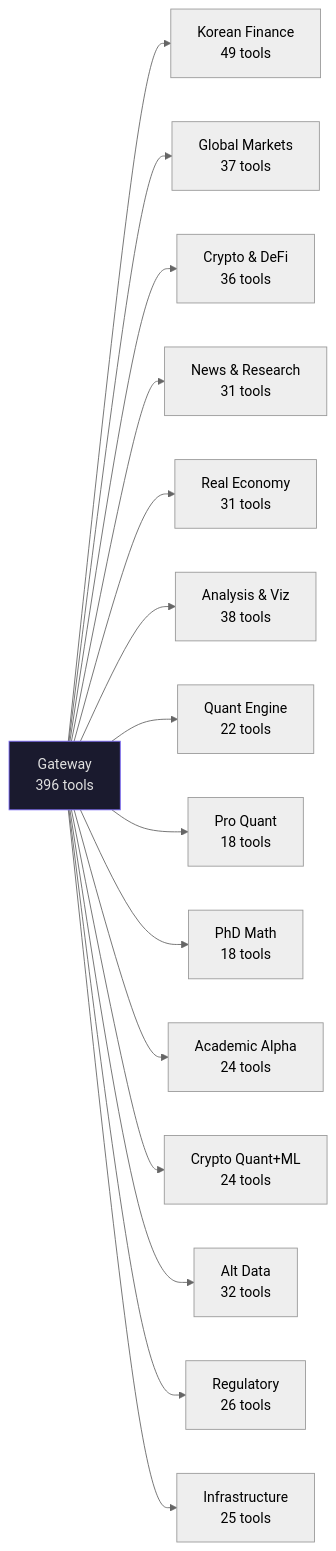
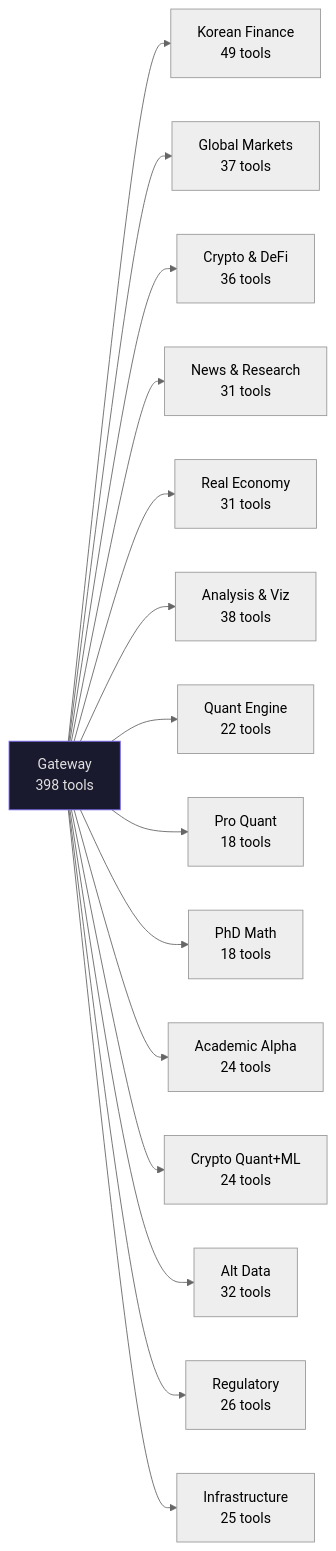
One commit to pollmap/nexus-finance-mcp changed the diagram in docs/TOOL_CATALOG.md. Above: the diagram before and after it, drawn with Mermaid (neutral theme). The commit also changed other lines of this file and 9 other files, not shown here.

````diff
--- a/docs/TOOL_CATALOG.md
+++ b/docs/TOOL_CATALOG.md
@@ -10,25 +10,25 @@
 ```mermaid
 graph LR
-    GW[Gateway<br/>396 tools]
+    GW[Gateway<br/>398 tools]
 
     KF[Korean Finance<br/>49 tools]
     GM[Global Markets<br/>37 tools]
     CD[Crypto & DeFi<br/>36 tools]
     NR[News & Research<br/>31 tools]
     RE[Real Economy<br/>31 tools]
     AV[Analysis & Viz<br/>38 tools]
     QE[Quant Engine<br/>22 tools]
     PQ[Pro Quant<br/>18 tools]
     PM[PhD Math<br/>18 tools]
     AA[Academic Alpha<br/>24 tools]
     CQ[Crypto Quant+ML<br/>24 tools]
     AD[Alt Data<br/>32 tools]
     RG[Regulatory<br/>26 tools]
     INF[Infrastructure<br/>25 tools]
 
     GW --> KF & GM & CD & NR & RE
     GW --> AV & QE & PQ & PM
     GW --> AA & CQ & AD & RG & INF
 
     style GW fill:#1a1a2e,stroke:#7c6af7,color:#e0e0e0
 ```
````
